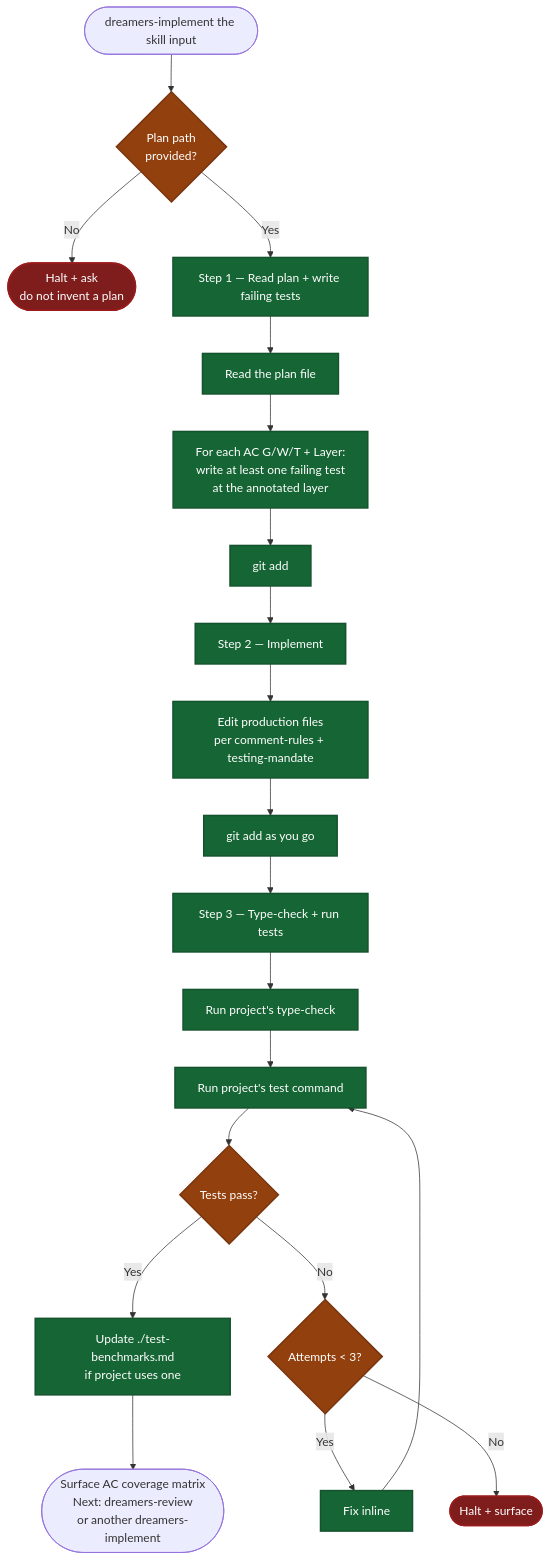
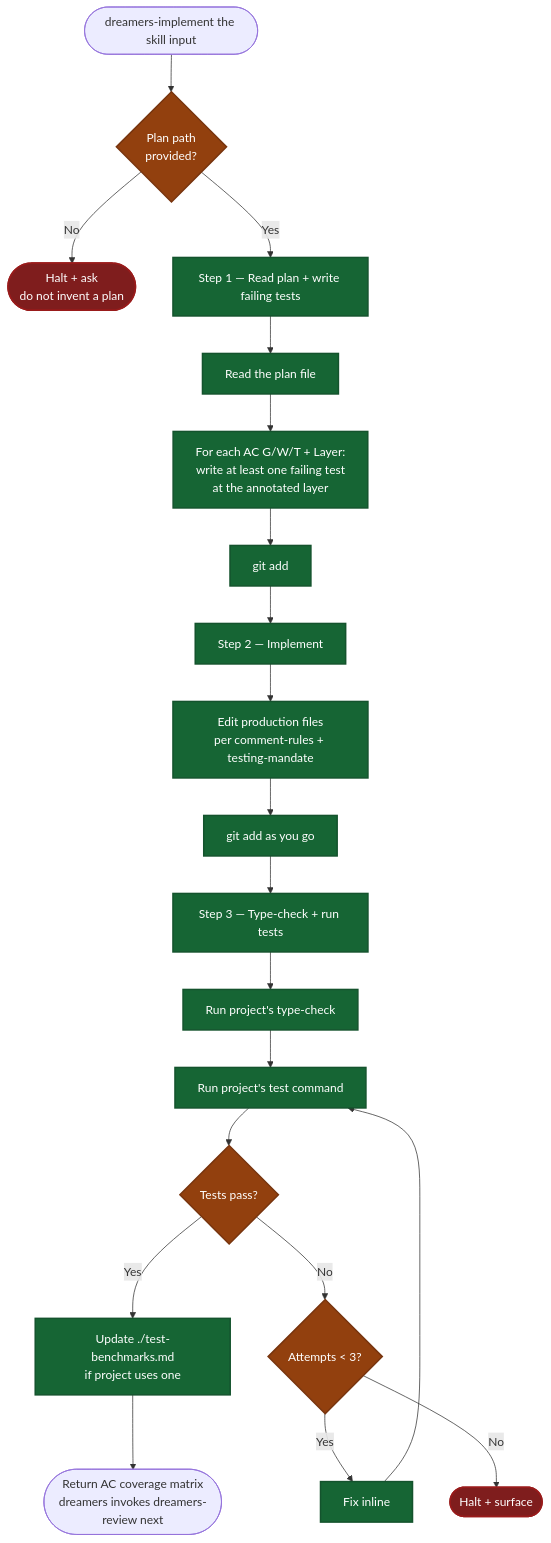
The diagram in skills/dreamers-implement/readme.md (mrStorrs/dreamers-codex), drawn with Mermaid before and after one commit. The commit also changed other lines of this file and 46 other files, not shown here.

````diff
--- a/skills/dreamers-implement/readme.md
+++ b/skills/dreamers-implement/readme.md
@@ -5,33 +5,33 @@
 ```mermaid
 flowchart TD
     Start(["dreamers-implement the skill input"]) --> ArgCheck{"Plan path<br/>provided?"}
     ArgCheck -->|No| HaltA(["Halt + ask<br/>do not invent a plan"])
     ArgCheck -->|Yes| S1
 
     S1["Step 1 — Read plan + write failing tests"] --> ReadPlan["Read the plan file"]
     ReadPlan --> WriteTests["For each AC G/W/T + Layer:<br/>write at least one failing test<br/>at the annotated layer"]
     WriteTests --> Stage1["git add"]
     Stage1 --> S2
 
     S2["Step 2 — Implement"] --> EditFiles["Edit production files<br/>per comment-rules + testing-mandate"]
     EditFiles --> Stage2["git add as you go"]
     Stage2 --> S3
 
     S3["Step 3 — Type-check + run tests"] --> TypeCheck["Run project's type-check"]
     TypeCheck --> RunTests["Run project's test command"]
     RunTests --> TestResult{"Tests pass?"}
     TestResult -->|Yes| Benchmarks["Update ./test-benchmarks.md<br/>if project uses one"]
     TestResult -->|No| AttemptCheck{"Attempts < 3?"}
     AttemptCheck -->|Yes| FixInline["Fix inline"]
     FixInline --> RunTests
     AttemptCheck -->|No| HaltB(["Halt + surface"])
-    Benchmarks --> End(["Surface AC coverage matrix<br/>Next: dreamers-review<br/>or another dreamers-implement"])
+    Benchmarks --> End(["Return AC coverage matrix<br/>dreamers invokes dreamers-review next"])
 
     classDef gate fill:#92400e,stroke:#78350f,stroke-width:2px,color:#fff
     classDef halt fill:#7f1d1d,stroke:#991b1b,stroke-width:2px,color:#fff
     classDef phase fill:#166534,stroke:#14532d,stroke-width:2px,color:#fff
 
     class ArgCheck,TestResult,AttemptCheck gate
     class HaltA,HaltB halt
     class S1,S2,S3,ReadPlan,WriteTests,Stage1,EditFiles,Stage2,TypeCheck,RunTests,FixInline,Benchmarks phase
 ```
````
